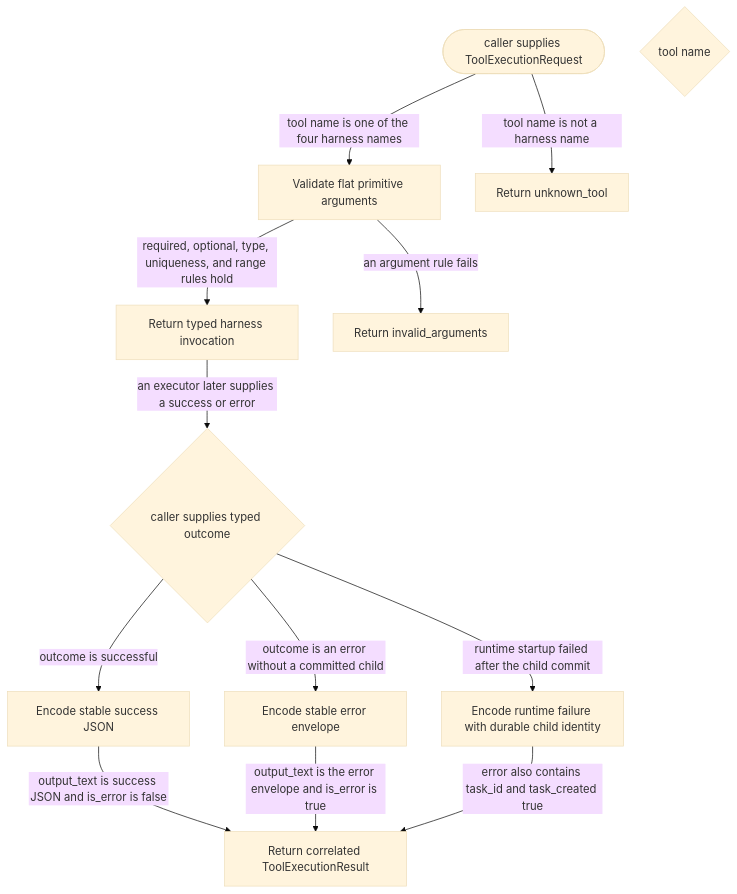
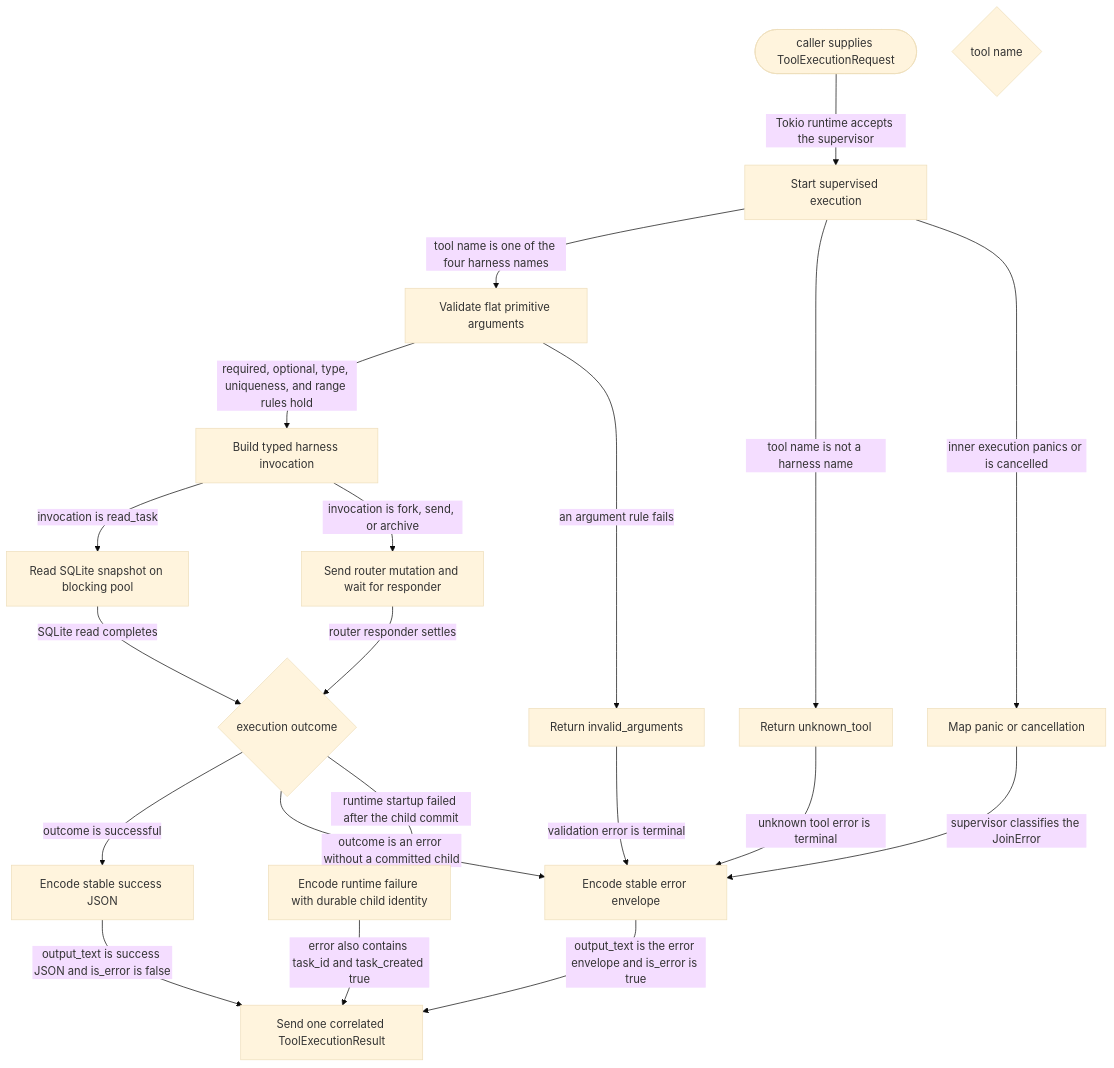
Before and after one commit to JiaJunDeng5930/Selvedge: the diagram in crates/harness/README.md, drawn with Mermaid (base theme). The commit also changed other lines of this file and 26 other files, not shown here.

Commit message:
feat(harness): wire production task orchestration

````diff
--- a/crates/harness/README.md
+++ b/crates/harness/README.md
@@ -20,26 +22,38 @@
 ```mermaid
 flowchart TD
   Start([caller supplies ToolExecutionRequest])
+  Supervise[Start supervised execution]
   Select{tool name}
   Validate[Validate flat primitive arguments]
-  Invocation[Return typed harness invocation]
+  Invocation[Build typed harness invocation]
+  Read[Read SQLite snapshot on blocking pool]
+  Mutate[Send router mutation and wait for responder]
   Invalid[Return invalid_arguments]
   Unknown[Return unknown_tool]
-  Outcome{caller supplies typed outcome}
+  Panic[Map panic or cancellation]
+  Outcome{execution outcome}
   Success[Encode stable success JSON]
   Failure[Encode stable error envelope]
   PartialFailure[Encode runtime failure with durable child identity]
-  Result[Return correlated ToolExecutionResult]
+  Result[Send one correlated ToolExecutionResult]
 
-  Start -->|tool name is one of the four harness names| Validate
-  Start -->|tool name is not a harness name| Unknown
+  Start -->|Tokio runtime accepts the supervisor| Supervise
+  Supervise -->|tool name is one of the four harness names| Validate
+  Supervise -->|tool name is not a harness name| Unknown
+  Supervise -->|inner execution panics or is cancelled| Panic
   Validate -->|required, optional, type, uniqueness, and range rules hold| Invocation
   Validate -->|an argument rule fails| Invalid
-  Invocation -->|an executor later supplies a success or error| Outcome
+  Invocation -->|invocation is read_task| Read
+  Invocation -->|invocation is fork, send, or archive| Mutate
+  Read -->|SQLite read completes| Outcome
+  Mutate -->|router responder settles| Outcome
+  Panic -->|supervisor classifies the JoinError| Failure
+  Invalid -->|validation error is terminal| Failure
+  Unknown -->|unknown tool error is terminal| Failure
   Outcome -->|outcome is successful| Success
   Outcome -->|outcome is an error without a committed child| Failure
   Outcome -->|runtime startup failed after the child commit| PartialFailure
   Success -->|output_text is success JSON and is_error is false| Result
   Failure -->|output_text is the error envelope and is_error is true| Result
   PartialFailure -->|error also contains task_id and task_created true| Result
 ```
````
